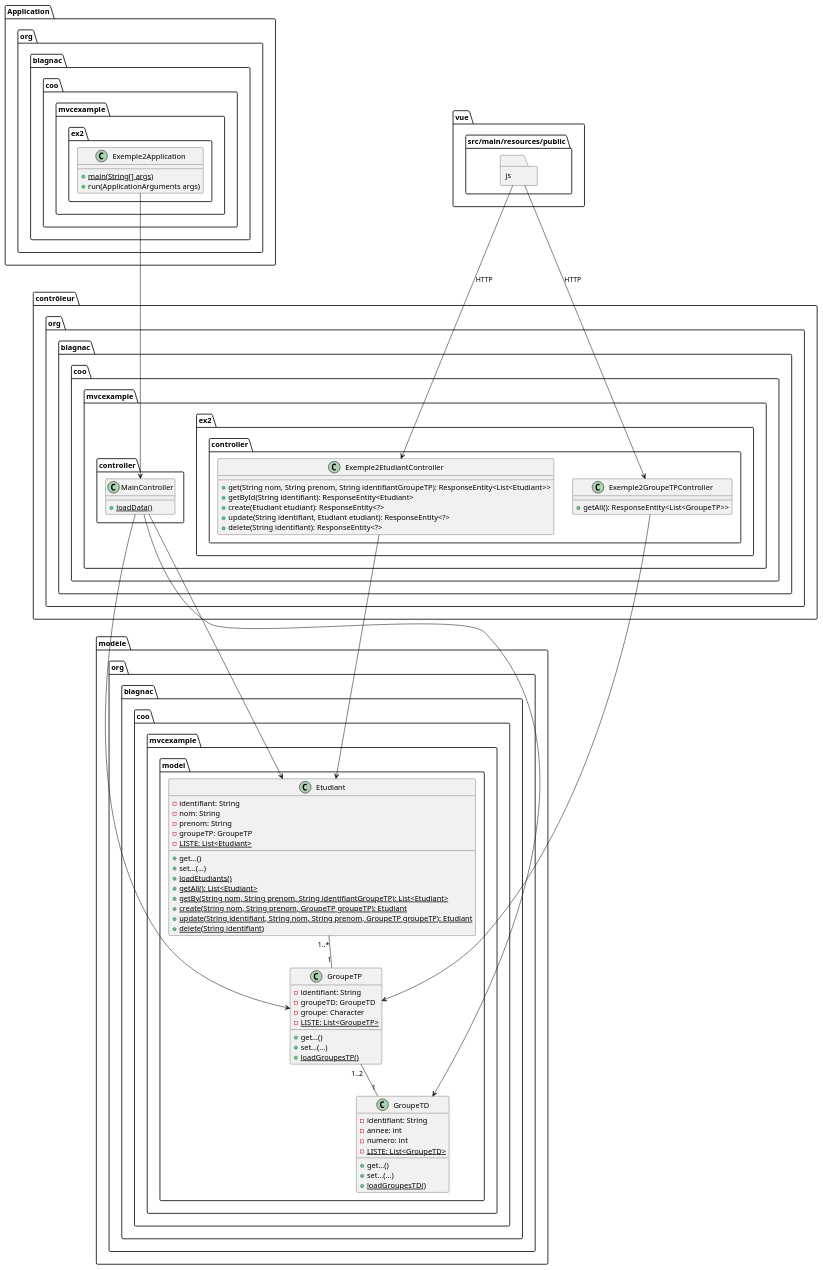
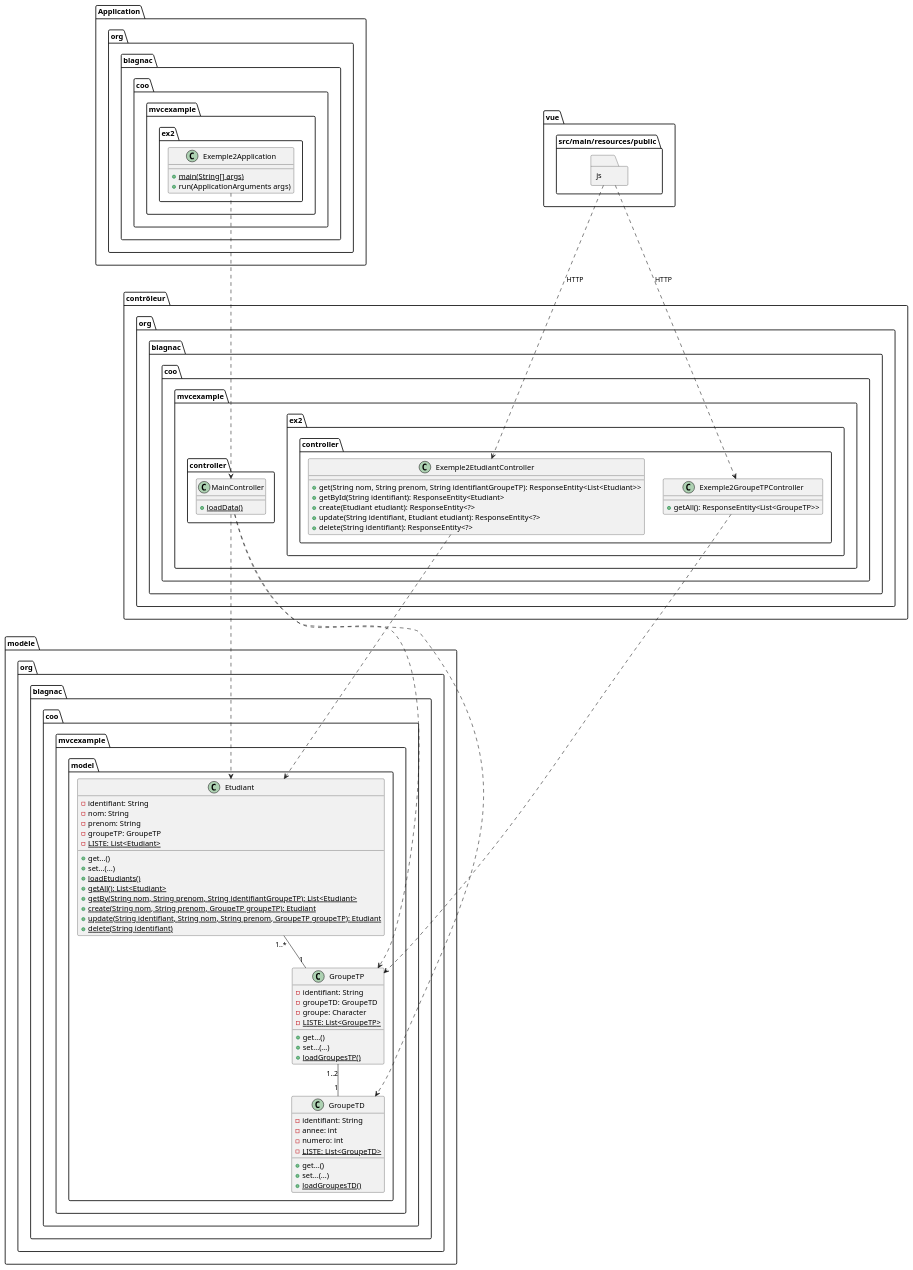
Before and after one commit to tgoubin/mvc-example: the fourth of 4 diagrams in src/main/doc/exemple2.adoc, drawn with PlantUML. The commit also changed other lines of this file and 2 other files, not shown here.

Commit message:
Corrections UML

```diff
--- a/src/main/doc/exemple2.adoc
+++ b/src/main/doc/exemple2.adoc
@@ -404,18 +404,18 @@
 	}
 }
 
-js --> Exemple2EtudiantController: HTTP
-js --> Exemple2GroupeTPController: HTTP
-Exemple2EtudiantController --> Etudiant
-Exemple2GroupeTPController --> GroupeTP
+js ..> Exemple2EtudiantController: HTTP
+js ..> Exemple2GroupeTPController: HTTP
+Exemple2EtudiantController ..> Etudiant
+Exemple2GroupeTPController ..> GroupeTP
 
 Etudiant "1..*" -- "1" GroupeTP
 GroupeTP "1..2" -- "1" GroupeTD
 
-Exemple2Application --> MainController
-MainController -> Etudiant
-MainController -> GroupeTP
-MainController -> GroupeTD
+Exemple2Application ..> MainController
+MainController ..> Etudiant
+MainController ..> GroupeTP
+MainController ..> GroupeTD
 
 @enduml
 ----
```
